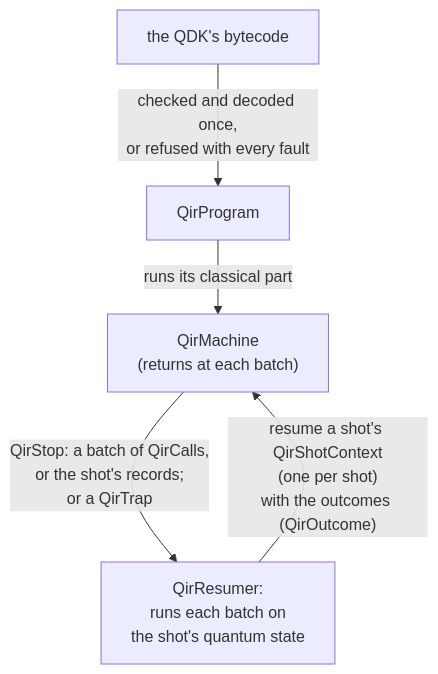
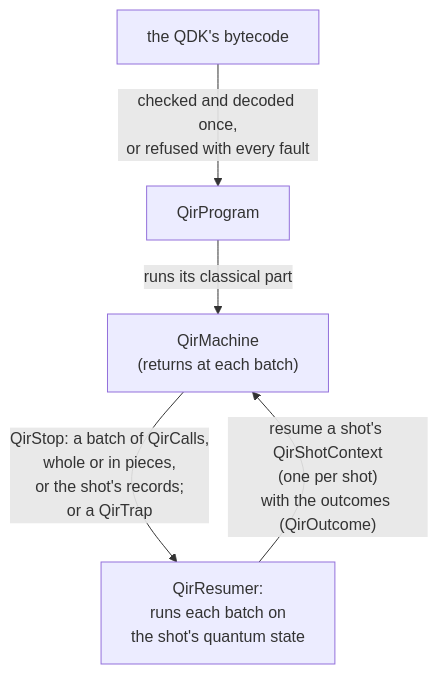
Before and after one commit to microsoft/qdk: the first of 2 diagrams in source/simulators/src/qir/README.md, drawn with Mermaid. The commit also changed other lines of this file and 16 other files, not shown here.

````diff
--- a/source/simulators/src/qir/README.md
+++ b/source/simulators/src/qir/README.md
@@ -53,7 +56,7 @@
 ```mermaid
 flowchart TD
     B["the QDK's bytecode"] -- "checked and decoded once,<br/>or refused with every fault" --> P[QirProgram]
     P -- "runs its classical part" --> M["QirMachine<br/>(returns at each batch)"]
     R["QirResumer:<br/>runs each batch on<br/>the shot's quantum state"] -- "resume a shot's QirShotContext<br/>(one per shot)<br/>with the outcomes (QirOutcome)" --> M
-    M -- "QirStop: a batch of QirCalls,<br/>or the shot's records;<br/>or a QirTrap" --> R
+    M -- "QirStop: a batch of QirCalls,<br/>whole or in pieces,<br/>or the shot's records;<br/>or a QirTrap" --> R
 ```
````
